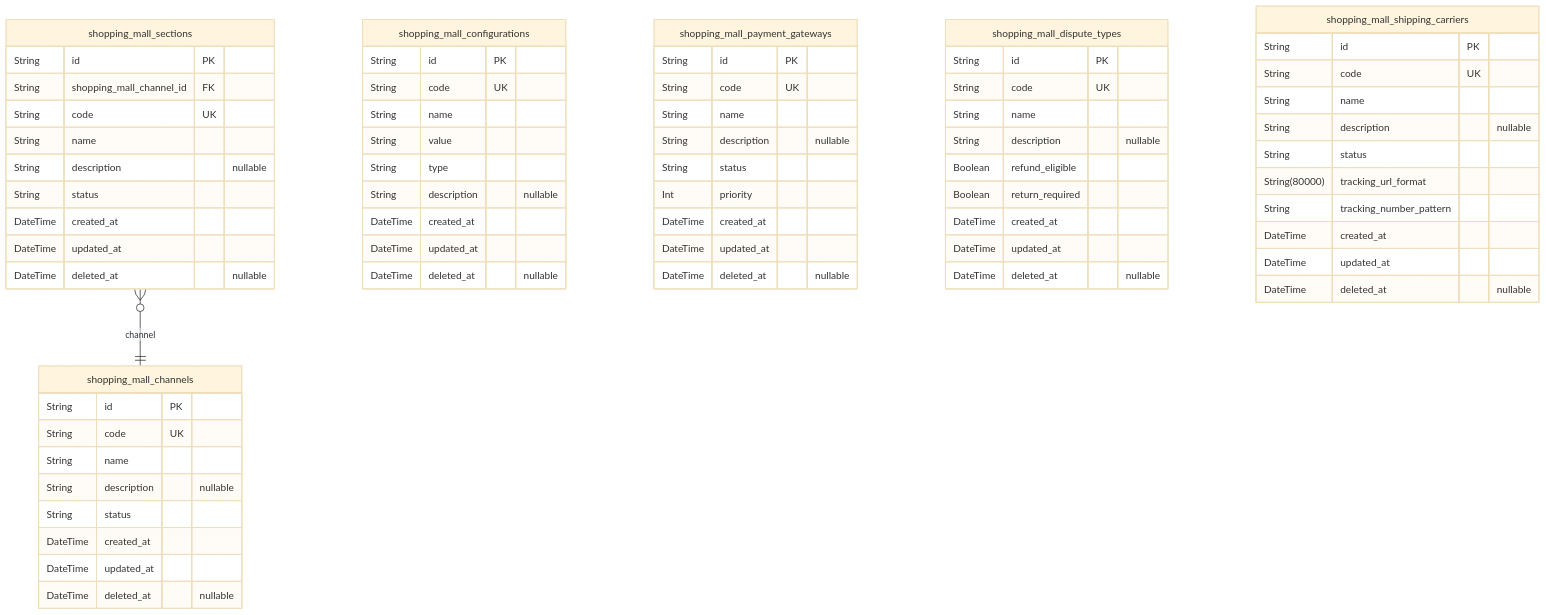
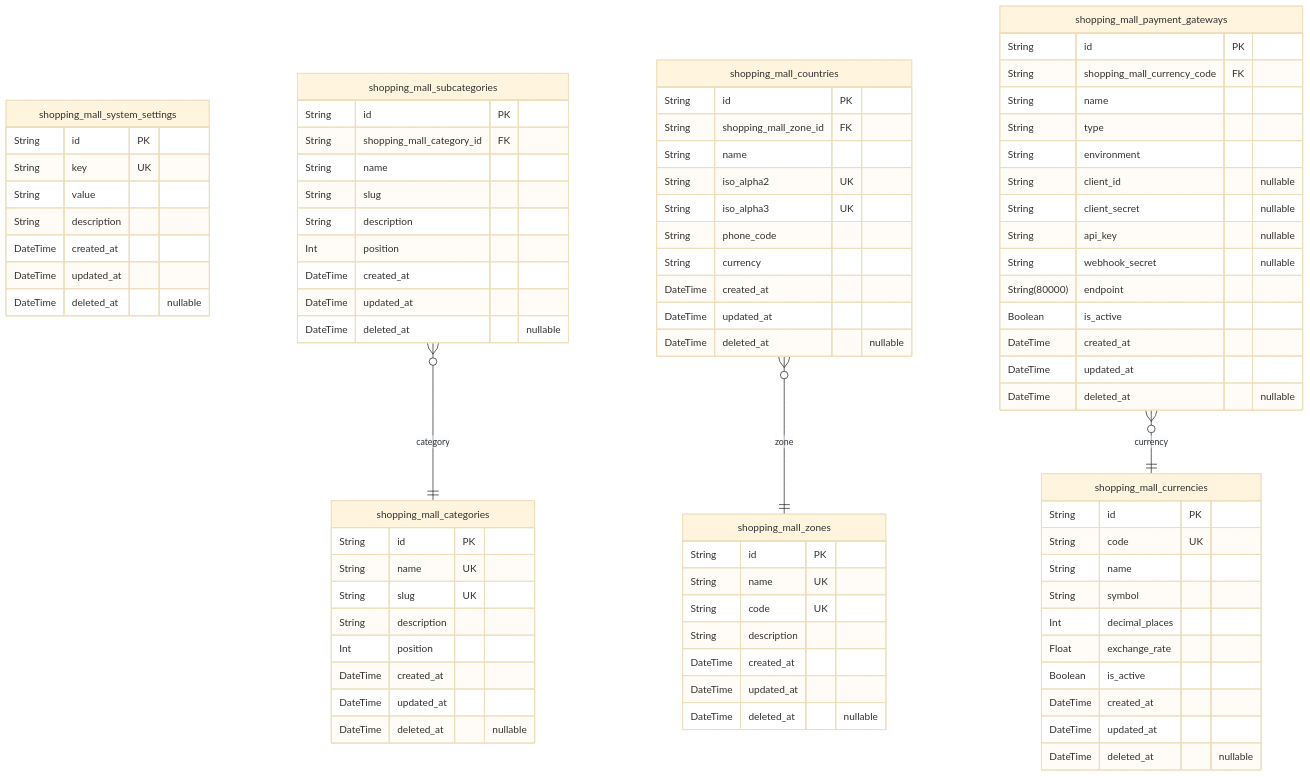
The first of 11 diagrams in qwen/qwen3-next-80b-a3b-instruct/shopping/docs/ERD.md (wrtnlabs/autobe-examples), drawn with Mermaid (base theme) before and after one commit. The commit also changed other lines of this file and 22498 other files, not shown here.

````diff
--- a/qwen/qwen3-next-80b-a3b-instruct/shopping/docs/ERD.md
+++ b/qwen/qwen3-next-80b-a3b-instruct/shopping/docs/ERD.md
@@ -18,70 +19,85 @@
 ```mermaid
 erDiagram
-"shopping_mall_channels" {
+"shopping_mall_system_settings" {
   String id PK
-  String code UK
-  String name
-  String description "nullable"
-  String status
+  String key UK
+  String value
+  String description
   DateTime created_at
   DateTime updated_at
   DateTime deleted_at "nullable"
 }
-"shopping_mall_sections" {
+"shopping_mall_categories" {
   String id PK
-  String shopping_mall_channel_id FK
-  String code UK
-  String name
-  String description "nullable"
-  String status
+  String name UK
+  String slug UK
+  String description
+  Int position
   DateTime created_at
   DateTime updated_at
   DateTime deleted_at "nullable"
 }
-"shopping_mall_configurations" {
+"shopping_mall_subcategories" {
+  String id PK
+  String shopping_mall_category_id FK
+  String name
+  String slug
+  String description
+  Int position
+  DateTime created_at
+  DateTime updated_at
+  DateTime deleted_at "nullable"
+}
+"shopping_mall_zones" {
+  String id PK
+  String name UK
+  String code UK
+  String description
+  DateTime created_at
+  DateTime updated_at
+  DateTime deleted_at "nullable"
+}
+"shopping_mall_countries" {
+  String id PK
+  String shopping_mall_zone_id FK
+  String name
+  String iso_alpha2 UK
+  String iso_alpha3 UK
+  String phone_code
+  String currency
+  DateTime created_at
+  DateTime updated_at
+  DateTime deleted_at "nullable"
+}
+"shopping_mall_currencies" {
   String id PK
   String code UK
   String name
-  String value
-  String type
-  String description "nullable"
+  String symbol
+  Int decimal_places
+  Float exchange_rate
+  Boolean is_active
   DateTime created_at
   DateTime updated_at
   DateTime deleted_at "nullable"
 }
 "shopping_mall_payment_gateways" {
   String id PK
-  String code UK
+  String shopping_mall_currency_code FK
   String name
-  String description "nullable"
-  String status
-  Int priority
+  String type
+  String environment
+  String client_id "nullable"
+  String client_secret "nullable"
+  String api_key "nullable"
+  String webhook_secret "nullable"
+  String(80000) endpoint
+  Boolean is_active
   DateTime created_at
   DateTime updated_at
   DateTime deleted_at "nullable"
 }
-"shopping_mall_dispute_types" {
-  String id PK
-  String code UK
-  String name
-  String description "nullable"
-  Boolean refund_eligible
-  Boolean return_required
-  DateTime created_at
-  DateTime updated_at
-  DateTime deleted_at "nullable"
-}
-"shopping_mall_shipping_carriers" {
-  String id PK
-  String code UK
-  String name
-  String description "nullable"
-  String status
-  String(80000) tracking_url_format
-  String tracking_number_pattern
-  DateTime created_at
-  DateTime updated_at
-  DateTime deleted_at "nullable"
-}
-"shopping_mall_sections" }o--|| "shopping_mall_channels" : channel
+"shopping_mall_subcategories" }o--|| "shopping_mall_categories" : category
+"shopping_mall_countries" }o--|| "shopping_mall_zones" : zone
+"shopping_mall_payment_gateways" }o--|| "shopping_mall_currencies" : currency
 ```
````
